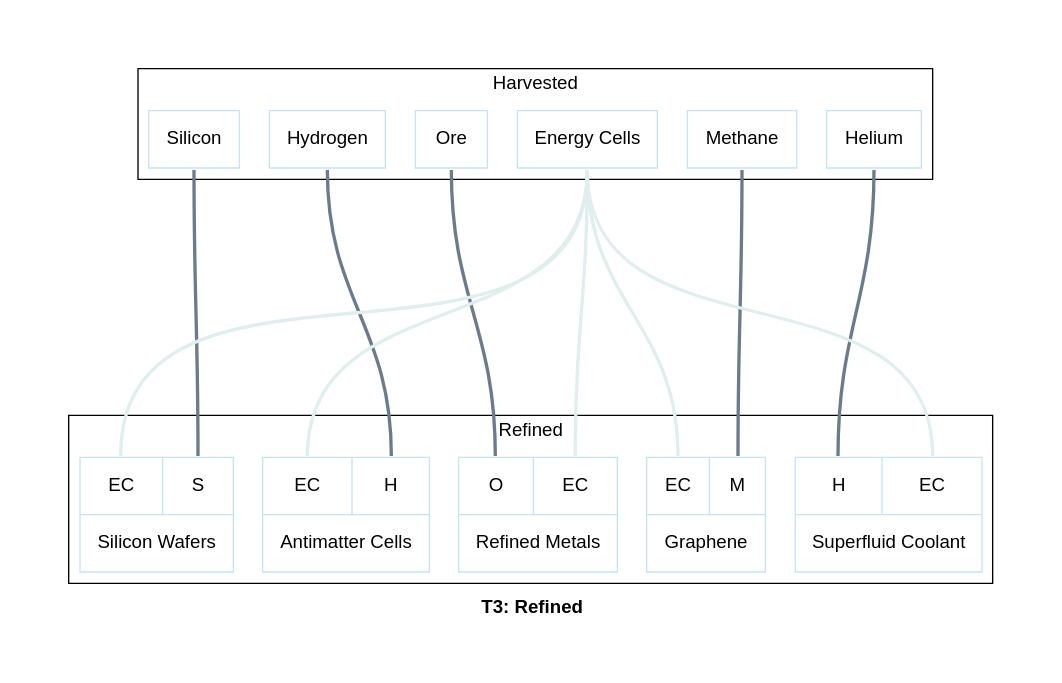
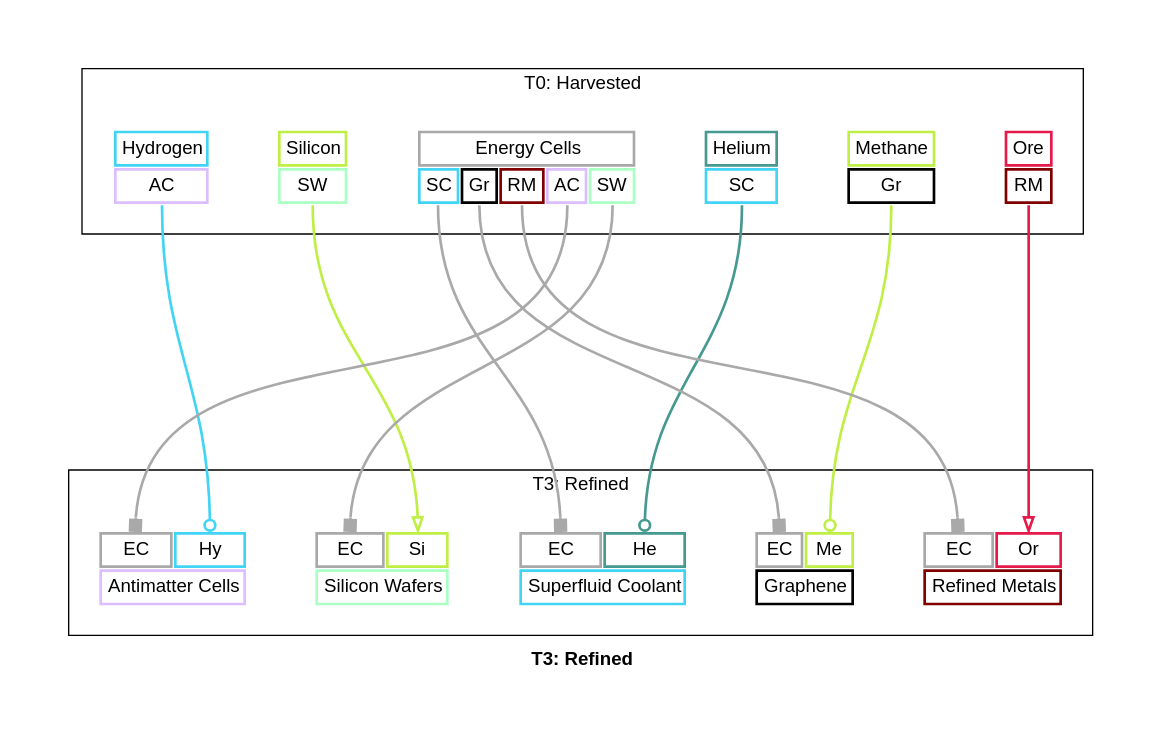
One commit to borntyping/x4-diagrams changed the diagram in docs/t3_refined_graph.dot. Above: the diagram before and after it, drawn with Graphviz. The commit also changed 100 other files, not shown here.

Commit message:
Add pretty colours to GraphViz graphs

```diff
--- a/docs/t3_refined_graph.dot
+++ b/docs/t3_refined_graph.dot
@@ -1,35 +1,185 @@
-graph "X4 Economy" {
+digraph "X4 Economy" {
 	edge [arrowType=normal]
 	compound=true fontname="Helvetica,Arial,sans-serif"
 	label=<<b>T3: Refined</b>>
 	graph [nodesep=0.3 pad=0.5 ranksep=3]
-	node [color=slategray1 fontname="Helvetica,Arial,sans-serif" margin=0.2 penwidth=1 shape=box]
-	edge [arrowhead=normal arrowtype=normal fontname="Helvetica,Arial,sans-serif" headport=n penwidth=2.5 tailport=s]
+	node [color=slategray1 fontname="Helvetica,Arial,sans-serif" margin=0.2 penwidth=2.0 shape=plaintext]
+	edge [arrowhead=normal arrowsize=1.0 fontname="Helvetica,Arial,sans-serif" headport=n penwidth=2.0 tailport=s]
 	subgraph 0 {
-		cluster=true label=Harvested
-		helium [label="{<output> Helium}" colour=lightsteelblue2 shape=record]
-		methane [label="{<output> Methane}" colour=lightsteelblue2 shape=record]
-		ore [label="{<output> Ore}" colour=lightsteelblue2 shape=record]
-		hydrogen [label="{<output> Hydrogen}" colour=lightsteelblue2 shape=record]
-		silicon [label="{<output> Silicon}" colour=lightsteelblue2 shape=record]
-		energy_cells [label="{<output> Energy Cells}" colour=lightsteelblue2 shape=record]
+		cluster=true label="T0: Harvested"
+		helium [label=<<table border="0" cellborder="2" cellpadding="4" cellspacing="1" fixedsize="false" id="helium" port="output">
+  
+  <tr>
+    <td align="text" bgcolor="white" color="#469990" colspan="1">Helium</td>
+  </tr>
+  
+    <tr>
+      
+        <td align="text" bgcolor="white" color="#42d4f4" port="superfluid_coolant">SC</td>
+      
+    </tr>
+  
+</table>>]
+		methane [label=<<table border="0" cellborder="2" cellpadding="4" cellspacing="1" fixedsize="false" id="methane" port="output">
+  
+  <tr>
+    <td align="text" bgcolor="white" color="#bfef45" colspan="1">Methane</td>
+  </tr>
+  
+    <tr>
+      
+        <td align="text" bgcolor="white" color="#000000" port="graphene">Gr</td>
+      
+    </tr>
+  
+</table>>]
+		ore [label=<<table border="0" cellborder="2" cellpadding="4" cellspacing="1" fixedsize="false" id="ore" port="output">
+  
+  <tr>
+    <td align="text" bgcolor="white" color="#e6194B" colspan="1">Ore</td>
+  </tr>
+  
+    <tr>
+      
+        <td align="text" bgcolor="white" color="#800000" port="refined_metals">RM</td>
+      
+    </tr>
+  
+</table>>]
+		hydrogen [label=<<table border="0" cellborder="2" cellpadding="4" cellspacing="1" fixedsize="false" id="hydrogen" port="output">
+  
+  <tr>
+    <td align="text" bgcolor="white" color="#42d4f4" colspan="1">Hydrogen</td>
+  </tr>
+  
+    <tr>
+      
+        <td align="text" bgcolor="white" color="#dcbeff" port="antimatter_cells">AC</td>
+      
+    </tr>
+  
+</table>>]
+		silicon [label=<<table border="0" cellborder="2" cellpadding="4" cellspacing="1" fixedsize="false" id="silicon" port="output">
+  
+  <tr>
+    <td align="text" bgcolor="white" color="#bfef45" colspan="1">Silicon</td>
+  </tr>
+  
+    <tr>
+      
+        <td align="text" bgcolor="white" color="#aaffc3" port="silicon_wafers">SW</td>
+      
+    </tr>
+  
+</table>>]
+		energy_cells [label=<<table border="0" cellborder="2" cellpadding="4" cellspacing="1" fixedsize="false" id="energy_cells" port="output">
+  
+  <tr>
+    <td align="text" bgcolor="white" color="#a9a9a9" colspan="5">Energy Cells</td>
+  </tr>
+  
+    <tr>
+      
+        <td align="text" bgcolor="white" color="#42d4f4" port="superfluid_coolant">SC</td>
+      
+        <td align="text" bgcolor="white" color="#000000" port="graphene">Gr</td>
+      
+        <td align="text" bgcolor="white" color="#800000" port="refined_metals">RM</td>
+      
+        <td align="text" bgcolor="white" color="#dcbeff" port="antimatter_cells">AC</td>
+      
+        <td align="text" bgcolor="white" color="#aaffc3" port="silicon_wafers">SW</td>
+      
+    </tr>
+  
+</table>>]
 	}
 	subgraph 3 {
-		cluster=true label=Refined
-		superfluid_coolant [label="{{<helium> H|<energy_cells> EC}|<output> Superfluid Coolant}" colour=lightsteelblue2 shape=record]
-		graphene [label="{{<energy_cells> EC|<methane> M}|<output> Graphene}" colour=lightsteelblue2 shape=record]
-		refined_metals [label="{{<ore> O|<energy_cells> EC}|<output> Refined Metals}" colour=lightsteelblue2 shape=record]
-		antimatter_cells [label="{{<energy_cells> EC|<hydrogen> H}|<output> Antimatter Cells}" colour=lightsteelblue2 shape=record]
-		silicon_wafers [label="{{<energy_cells> EC|<silicon> S}|<output> Silicon Wafers}" colour=lightsteelblue2 shape=record]
+		cluster=true label="T3: Refined"
+		superfluid_coolant [label=<<table border="0" cellborder="2" cellpadding="4" cellspacing="1" fixedsize="false" id="superfluid_coolant" port="output">
+  
+    <tr>
+      
+        <td align="text" bgcolor="white" color="#a9a9a9" port="energy_cells">EC</td>
+      
+        <td align="text" bgcolor="white" color="#469990" port="helium">He</td>
+      
+    </tr>
+  
+  <tr>
+    <td align="text" bgcolor="white" color="#42d4f4" colspan="2">Superfluid Coolant</td>
+  </tr>
+  
+</table>>]
+		graphene [label=<<table border="0" cellborder="2" cellpadding="4" cellspacing="1" fixedsize="false" id="graphene" port="output">
+  
+    <tr>
+      
+        <td align="text" bgcolor="white" color="#a9a9a9" port="energy_cells">EC</td>
+      
+        <td align="text" bgcolor="white" color="#bfef45" port="methane">Me</td>
+      
+    </tr>
+  
+  <tr>
+    <td align="text" bgcolor="white" color="#000000" colspan="2">Graphene</td>
+  </tr>
+  
+</table>>]
+		refined_metals [label=<<table border="0" cellborder="2" cellpadding="4" cellspacing="1" fixedsize="false" id="refined_metals" port="output">
+  
+    <tr>
+      
+        <td align="text" bgcolor="white" color="#a9a9a9" port="energy_cells">EC</td>
+      
+        <td align="text" bgcolor="white" color="#e6194B" port="ore">Or</td>
+      
+    </tr>
+  
+  <tr>
+    <td align="text" bgcolor="white" color="#800000" colspan="2">Refined Metals</td>
+  </tr>
+  
+</table>>]
+		antimatter_cells [label=<<table border="0" cellborder="2" cellpadding="4" cellspacing="1" fixedsize="false" id="antimatter_cells" port="output">
+  
+    <tr>
+      
+        <td align="text" bgcolor="white" color="#a9a9a9" port="energy_cells">EC</td>
+      
+        <td align="text" bgcolor="white" color="#42d4f4" port="hydrogen">Hy</td>
+      
+    </tr>
+  
+  <tr>
+    <td align="text" bgcolor="white" color="#dcbeff" colspan="2">Antimatter Cells</td>
+  </tr>
+  
+</table>>]
+		silicon_wafers [label=<<table border="0" cellborder="2" cellpadding="4" cellspacing="1" fixedsize="false" id="silicon_wafers" port="output">
+  
+    <tr>
+      
+        <td align="text" bgcolor="white" color="#a9a9a9" port="energy_cells">EC</td>
+      
+        <td align="text" bgcolor="white" color="#bfef45" port="silicon">Si</td>
+      
+    </tr>
+  
+  <tr>
+    <td align="text" bgcolor="white" color="#aaffc3" colspan="2">Silicon Wafers</td>
+  </tr>
+  
+</table>>]
 	}
-	energy_cells:output:s -- superfluid_coolant:energy_cells:n [color=azure2]
-	helium:output:s -- superfluid_coolant:helium:n [color=slategray4]
-	energy_cells:output:s -- graphene:energy_cells:n [color=azure2]
-	methane:output:s -- graphene:methane:n [color=slategray4]
-	energy_cells:output:s -- refined_metals:energy_cells:n [color=azure2]
-	ore:output:s -- refined_metals:ore:n [color=slategray4]
-	energy_cells:output:s -- antimatter_cells:energy_cells:n [color=azure2]
-	hydrogen:output:s -- antimatter_cells:hydrogen:n [color=slategray4]
-	energy_cells:output:s -- silicon_wafers:energy_cells:n [color=azure2]
-	silicon:output:s -- silicon_wafers:silicon:n [color=slategray4]
+	energy_cells:superfluid_coolant:s -> superfluid_coolant:energy_cells:n [arrowhead=box color="#a9a9a9" weight=0.1]
+	helium:superfluid_coolant:s -> superfluid_coolant:helium:n [arrowhead=odot color="#469990" weight=1.0]
+	energy_cells:graphene:s -> graphene:energy_cells:n [arrowhead=box color="#a9a9a9" weight=0.1]
+	methane:graphene:s -> graphene:methane:n [arrowhead=odot color="#bfef45" weight=1.0]
+	energy_cells:refined_metals:s -> refined_metals:energy_cells:n [arrowhead=box color="#a9a9a9" weight=0.1]
+	ore:refined_metals:s -> refined_metals:ore:n [arrowhead=empty color="#e6194B" weight=1.0]
+	energy_cells:antimatter_cells:s -> antimatter_cells:energy_cells:n [arrowhead=box color="#a9a9a9" weight=0.1]
+	hydrogen:antimatter_cells:s -> antimatter_cells:hydrogen:n [arrowhead=odot color="#42d4f4" weight=1.0]
+	energy_cells:silicon_wafers:s -> silicon_wafers:energy_cells:n [arrowhead=box color="#a9a9a9" weight=0.1]
+	silicon:silicon_wafers:s -> silicon_wafers:silicon:n [arrowhead=empty color="#bfef45" weight=1.0]
 }
```
